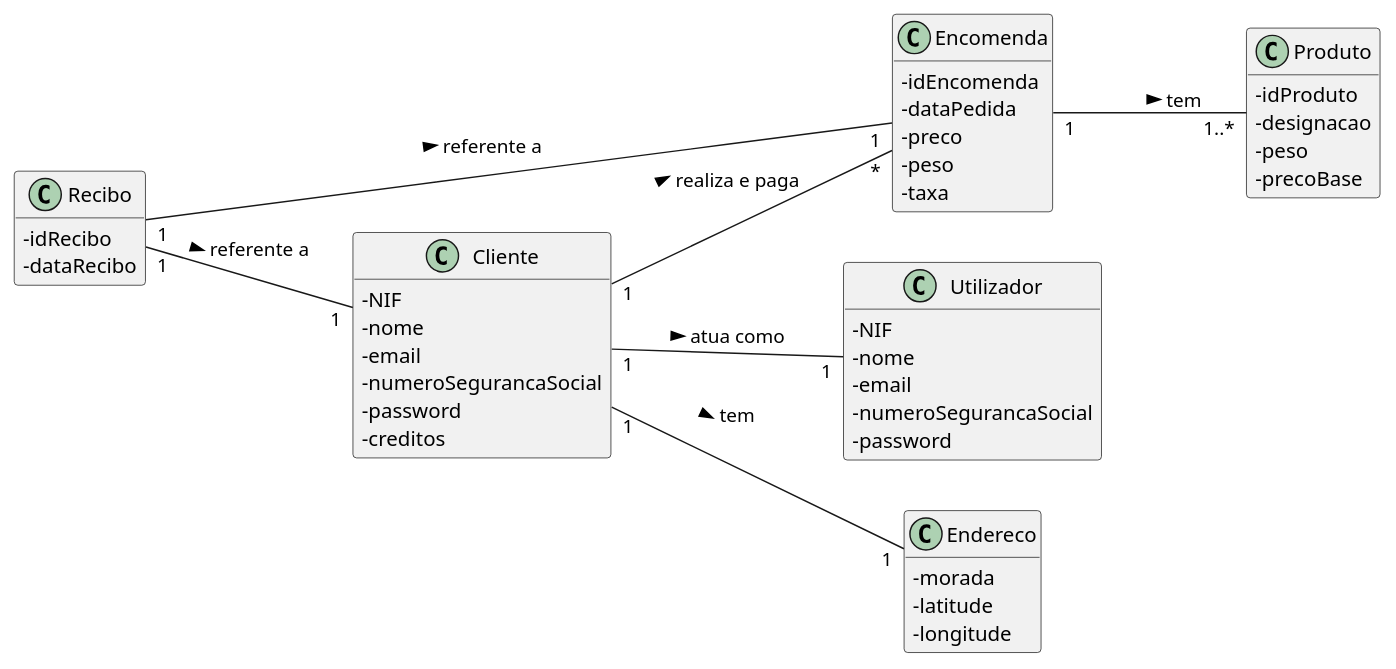
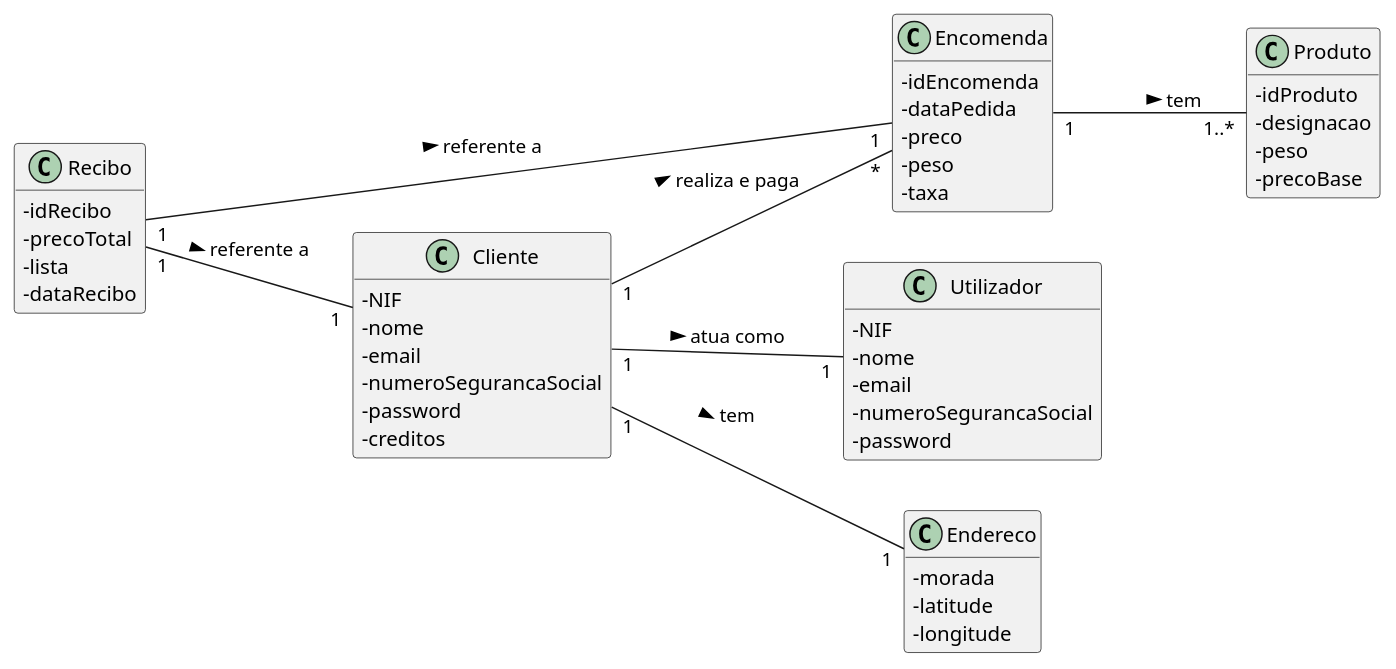
The diagram in docs/UC25/MD.puml (pedrolemos4/LAPR3), drawn with PlantUML before and after one commit. The commit also changed 5 other files, not shown here.

```diff
--- a/docs/UC25/MD.puml
+++ b/docs/UC25/MD.puml
@@ -1,58 +1,60 @@
 @startuml
 skinparam classAttributeIconSize 0
 hide methods
 left to right direction
 
 
 class Encomenda {
   -idEncomenda
   -dataPedida
   -preco
   -peso
   -taxa
 }
 
 class Recibo {
   -idRecibo
+  -precoTotal
+  -lista
   -dataRecibo
 }
 
 class Produto {
   -idProduto
   -designacao
   -peso
   -precoBase
 }
 
 class Utilizador {
   -NIF
   -nome
   -email
   -numeroSegurancaSocial
   -password
 }
 
 class Endereco {
   -morada
   -latitude
   -longitude
 }
 
 class Cliente {
   -NIF
   -nome
   -email
   -numeroSegurancaSocial
   -password
   -creditos
 }
 
 
 Cliente "1" -- "1" Utilizador: atua como >
 Cliente "1" -- "*" Encomenda: realiza e paga >
 Encomenda "1" -- "1..*" Produto: tem >
 Cliente "1" -- "1" Endereco: tem >
 Recibo "1" -- "1" Encomenda: referente a >
 Recibo "1" -- "1" Cliente: referente a >
 
 @enduml
```
